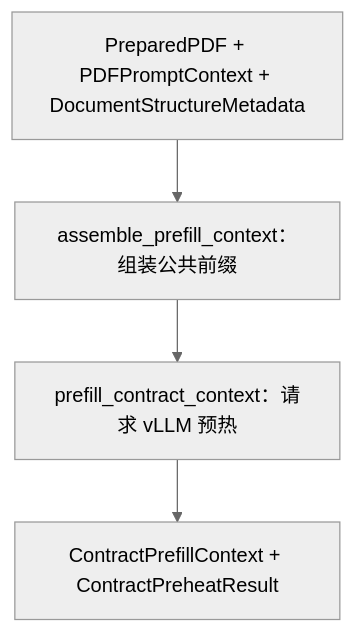
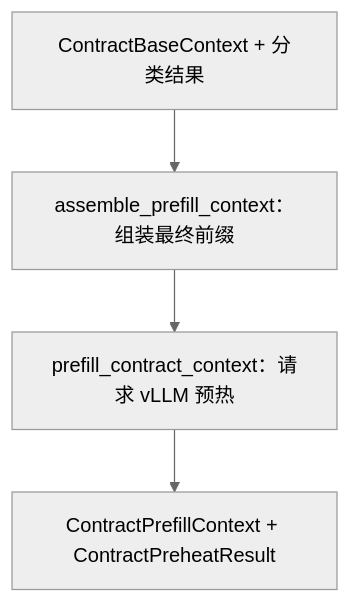
Before and after one commit to caicai-6666/contract-service-be: the diagram in description/architecture/subgraph/preheat.md, drawn with Mermaid (neutral theme). The commit also changed other lines of this file and 71 other files, not shown here.

Commit message:
complete many extraction node 1.update pdf preprocessing 2.design mllm chat-template 3.contract classification 4.extract core field

````diff
--- a/description/architecture/subgraph/preheat.md
+++ b/description/architecture/subgraph/preheat.md
@@ -11,9 +11,9 @@
 ```mermaid
 flowchart TD
-    input["PreparedPDF + PDFPromptContext + DocumentStructureMetadata"]
-    assemble["assemble_prefill_context：组装公共前缀"]
+    input["ContractBaseContext + 分类结果"]
+    assemble["assemble_prefill_context：组装最终前缀"]
     prefill["prefill_contract_context：请求 vLLM 预热"]
     output["ContractPrefillContext + ContractPreheatResult"]
 
     input --> assemble --> prefill --> output
 ```
````
